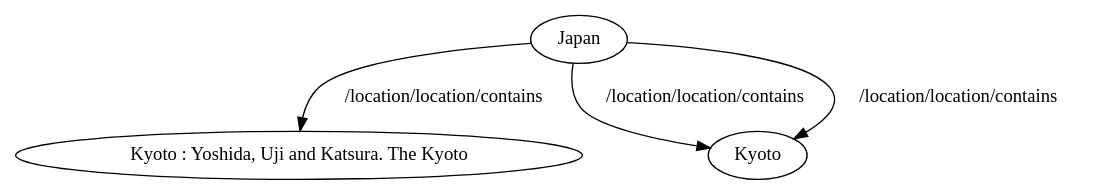
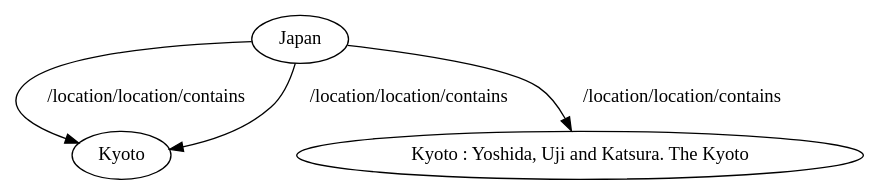
The diagram in param-search/graphs/unirel/sent/7/Kyoto University.dot (N-Shimoda/KG-MCQA), drawn with Graphviz before and after one commit. The commit also changed other lines of this file and 67 other files, not shown here.

```diff
--- a/param-search/graphs/unirel/sent/7/Kyoto University.dot
+++ b/param-search/graphs/unirel/sent/7/Kyoto University.dot
@@ -1,11 +1,11 @@
 digraph RDFGraph {
 	// Nodes
 	"Japan";
+	"Kyoto";
 	"Kyoto : Yoshida, Uji and Katsura. The Kyoto";
-	"Kyoto";
 
 	// Edges
-	"Japan" -> "Kyoto" [label="/location/location/contains"];
 	"Japan" -> "Kyoto : Yoshida, Uji and Katsura. The Kyoto" [label="/location/location/contains"];
 	"Japan" -> "Kyoto" [label="/location/location/contains"];
+	"Japan" -> "Kyoto" [label="/location/location/contains"];
 }
```
